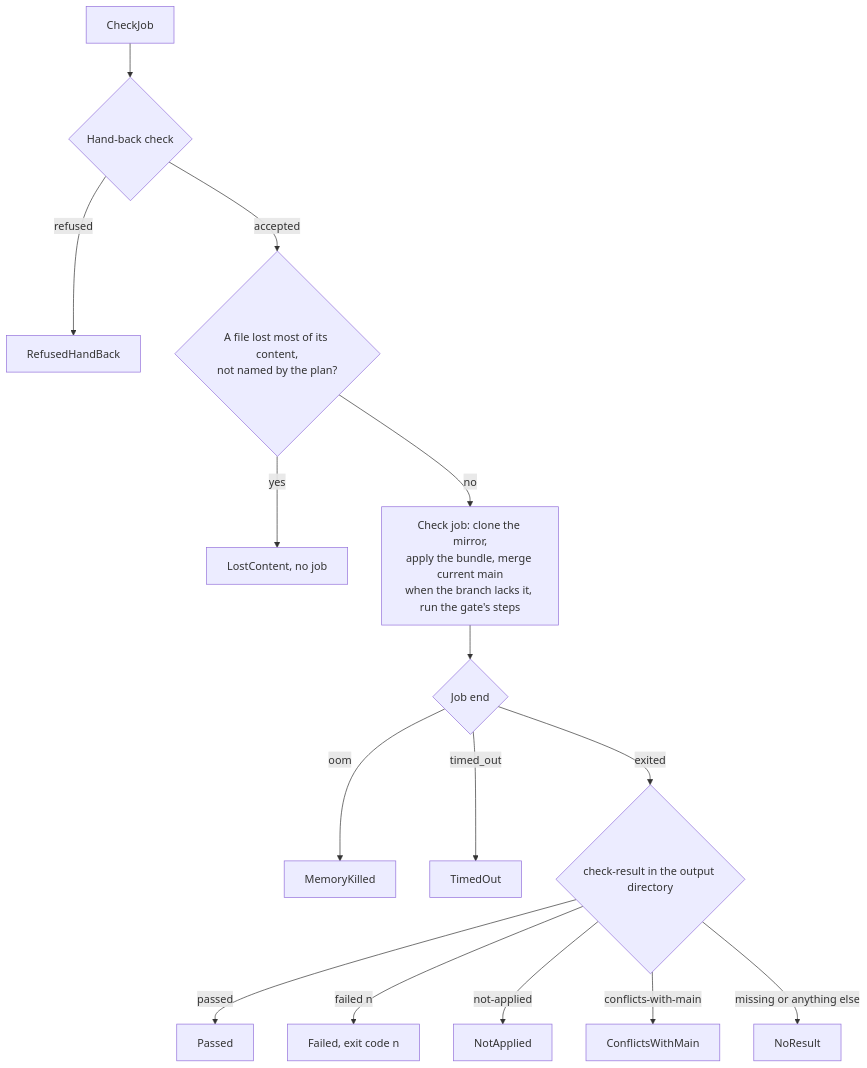
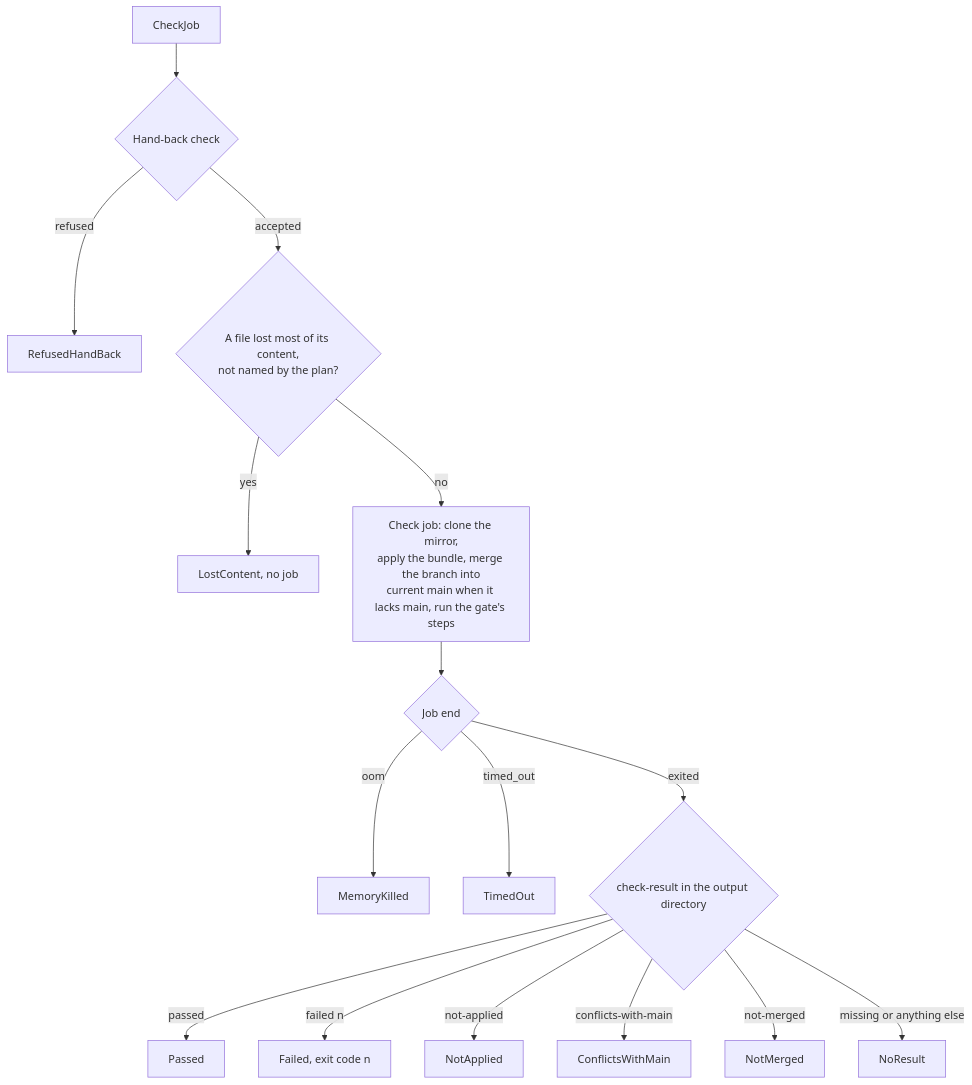
One commit to shinyredapples/intakt changed the diagram in docs/architecture/check-job.md. Above: the diagram before and after it, drawn with Mermaid. The commit also changed other lines of this file and 5 other files, not shown here.

Commit message:
docs(build): describe the merge into a freshly updated main and the not-merged result

````diff
--- a/docs/architecture/check-job.md
+++ b/docs/architecture/check-job.md
@@ -9,17 +9,18 @@
 ```mermaid
 flowchart TD
   start[CheckJob] --> handBack{Hand-back check}
   handBack -- refused --> refused[RefusedHandBack]
   handBack -- accepted --> lost{A file lost most of its content,<br/>not named by the plan?}
   lost -- yes --> lostContent[LostContent, no job]
-  lost -- no --> job[Check job: clone the mirror,<br/>apply the bundle, merge current main<br/>when the branch lacks it, run the gate's steps]
+  lost -- no --> job[Check job: clone the mirror,<br/>apply the bundle, merge the branch into<br/>current main when it lacks main, run the gate's steps]
   job --> cause{Job end}
   cause -- oom --> oom[MemoryKilled]
   cause -- timed_out --> timedOut[TimedOut]
   cause -- exited --> result{check-result in the output directory}
   result -- passed --> passed[Passed]
   result -- "failed n" --> failed[Failed, exit code n]
   result -- not-applied --> notApplied[NotApplied]
   result -- conflicts-with-main --> conflicts[ConflictsWithMain]
+  result -- not-merged --> notMerged[NotMerged]
   result -- "missing or anything else" --> noResult[NoResult]
 ```
````
